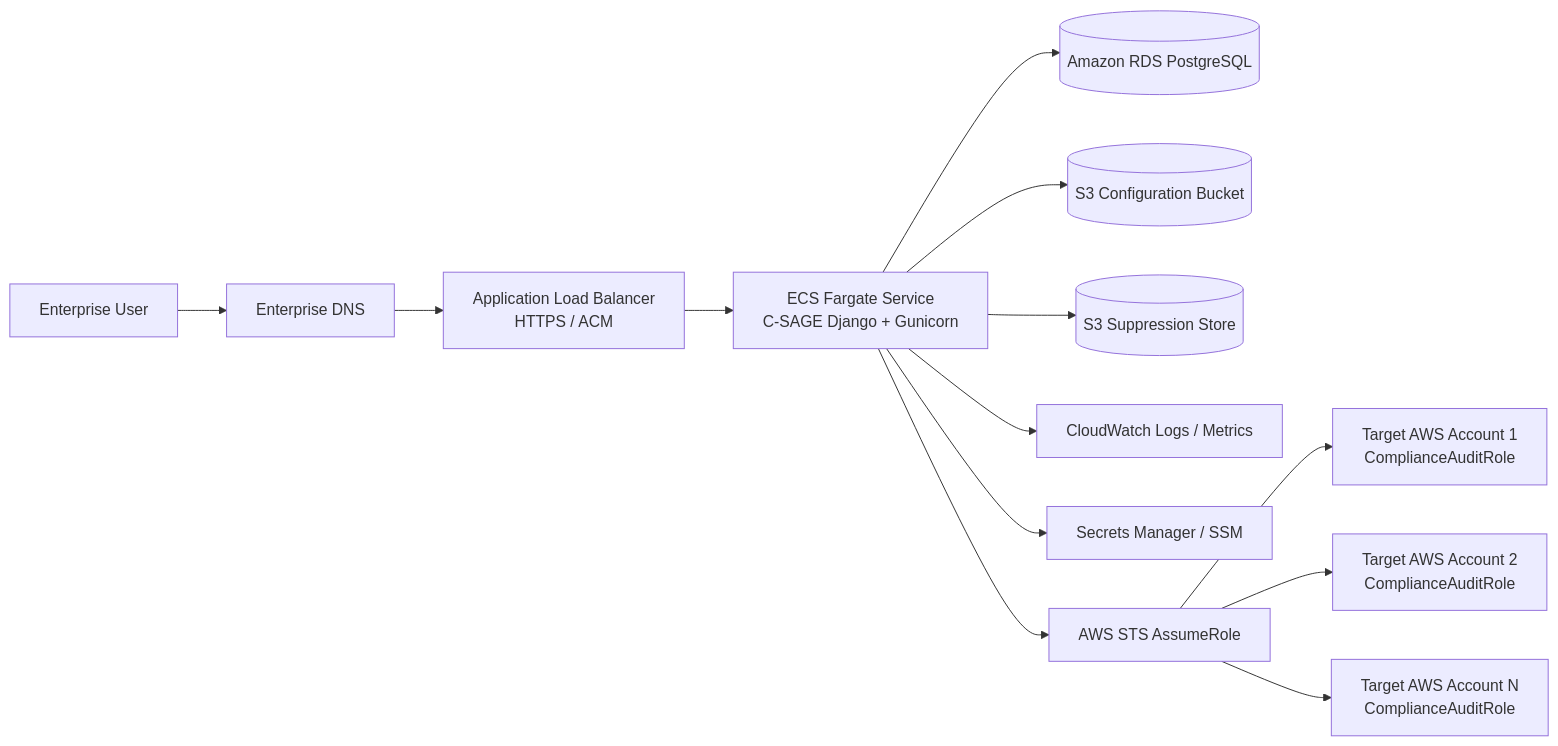
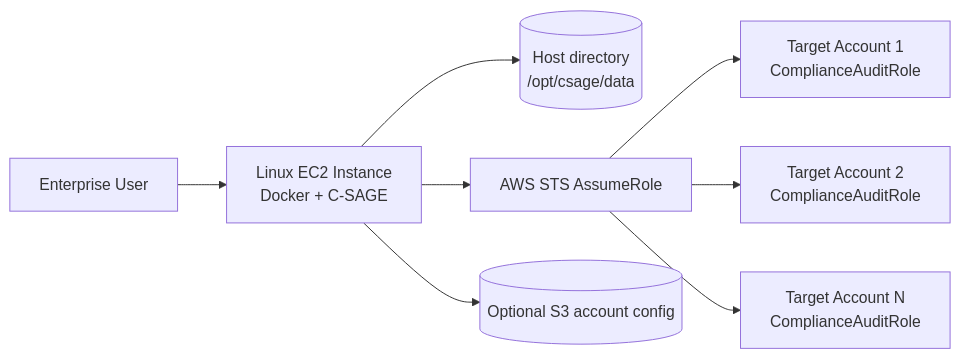
Before and after one commit to shankamal/AWS-C-SAGE: the diagram in docs/DEPLOYMENT.md, drawn with Mermaid. The commit also changed other lines of this file, not shown here.

Commit message:
Rewrite deployment guide for Docker on Linux EC2

````diff
--- a/docs/DEPLOYMENT.md
+++ b/docs/DEPLOYMENT.md
@@ -21,17 +13,10 @@
 ```mermaid
 flowchart LR
-    U[Enterprise User] --> DNS[Enterprise DNS]
-    DNS --> ALB[Application Load Balancer\nHTTPS / ACM]
-    ALB --> ECS[ECS Fargate Service\nC-SAGE Django + Gunicorn]
-
-    ECS --> RDS[(Amazon RDS PostgreSQL)]
-    ECS --> CFG[(S3 Configuration Bucket)]
-    ECS --> SUP[(S3 Suppression Store)]
-    ECS --> CW[CloudWatch Logs / Metrics]
-    ECS --> SM[Secrets Manager / SSM]
-
-    ECS --> STS[AWS STS AssumeRole]
-    STS --> A1[Target AWS Account 1\nComplianceAuditRole]
-    STS --> A2[Target AWS Account 2\nComplianceAuditRole]
-    STS --> AN[Target AWS Account N\nComplianceAuditRole]
+    U[Enterprise User] --> EC2[Linux EC2 Instance\nDocker + C-SAGE]
+    EC2 --> DATA[(Host directory\n/opt/csage/data)]
+    EC2 --> STS[AWS STS AssumeRole]
+    EC2 --> S3[(Optional S3 account config)]
+    STS --> A1[Target Account 1\nComplianceAuditRole]
+    STS --> A2[Target Account 2\nComplianceAuditRole]
+    STS --> AN[Target Account N\nComplianceAuditRole]
 ```
````
